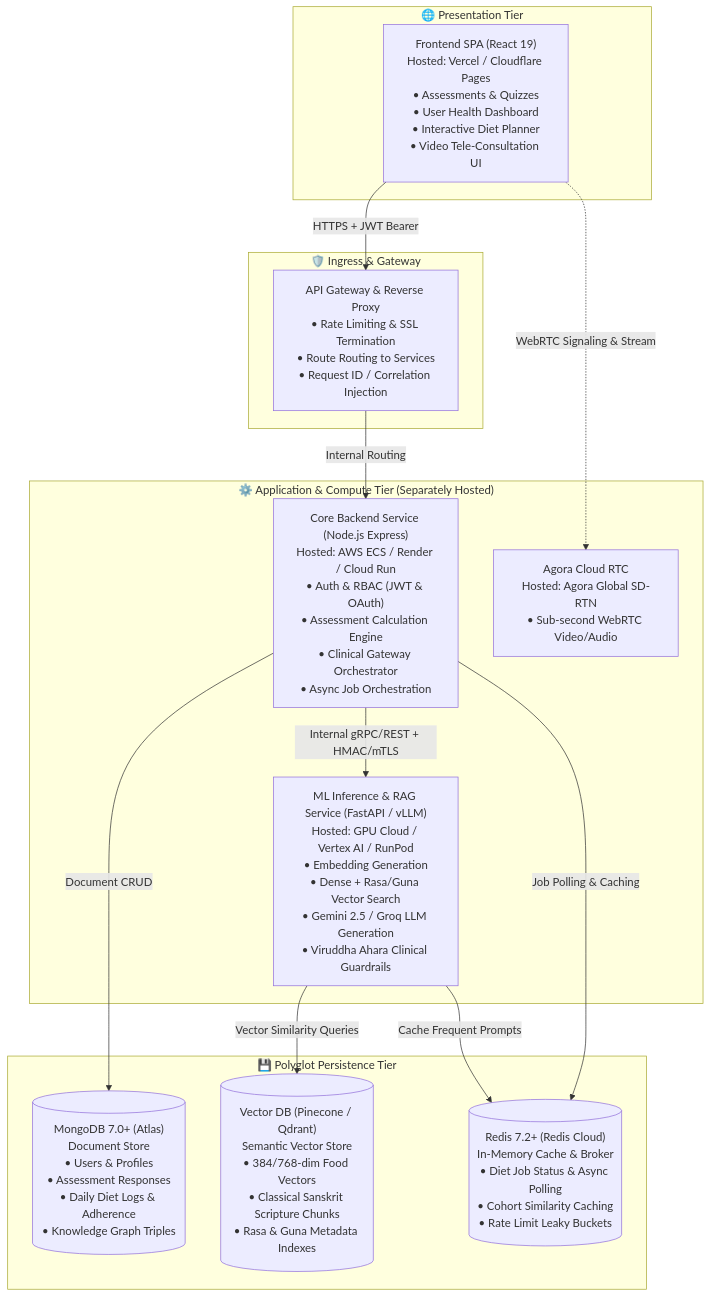
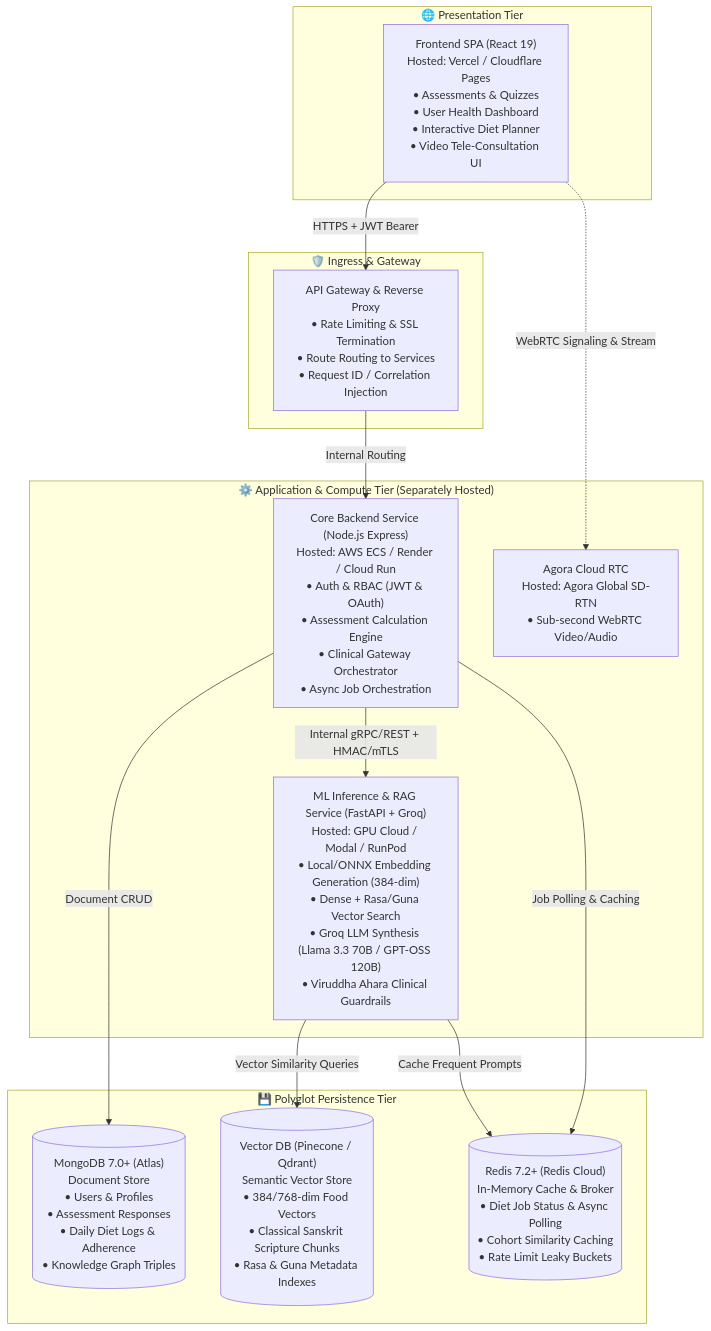
The first of 2 diagrams in docs/architecture/OVERVIEW.md (rajgupta04/Ayurvarta), drawn with Mermaid before and after one commit. The commit also changed other lines of this file and 19 other files, not shown here.

Commit message:
feat: initialize project documentation, frontend spa components, and python ml inference service

````diff
--- a/docs/architecture/OVERVIEW.md
+++ b/docs/architecture/OVERVIEW.md
@@ -14,35 +14,35 @@
 ```mermaid
 flowchart TD
     subgraph ClientTier["🌐 Presentation Tier"]
         SPA["Frontend SPA (React 19)<br/>Hosted: Vercel / Cloudflare Pages<br/>• Assessments & Quizzes<br/>• User Health Dashboard<br/>• Interactive Diet Planner<br/>• Video Tele-Consultation UI"]
     end
 
     subgraph IngressTier["🛡️ Ingress & Gateway"]
         Gateway["API Gateway & Reverse Proxy<br/>• Rate Limiting & SSL Termination<br/>• Route Routing to Services<br/>• Request ID / Correlation Injection"]
     end
 
     subgraph ServiceTier["⚙️ Application & Compute Tier (Separately Hosted)"]
         BackendSvc["Core Backend Service (Node.js Express)<br/>Hosted: AWS ECS / Render / Cloud Run<br/>• Auth & RBAC (JWT & OAuth)<br/>• Assessment Calculation Engine<br/>• Clinical Gateway Orchestrator<br/>• Async Job Orchestration"]
         
-        MLSvc["ML Inference & RAG Service (FastAPI / vLLM)<br/>Hosted: GPU Cloud / Vertex AI / RunPod<br/>• Embedding Generation<br/>• Dense + Rasa/Guna Vector Search<br/>• Gemini 2.5 / Groq LLM Generation<br/>• Viruddha Ahara Clinical Guardrails"]
+        MLSvc["ML Inference & RAG Service (FastAPI + Groq)<br/>Hosted: GPU Cloud / Modal / RunPod<br/>• Local/ONNX Embedding Generation (384-dim)<br/>• Dense + Rasa/Guna Vector Search<br/>• Groq LLM Synthesis (Llama 3.3 70B / GPT-OSS 120B)<br/>• Viruddha Ahara Clinical Guardrails"]
 
         AgoraRTC["Agora Cloud RTC<br/>Hosted: Agora Global SD-RTN<br/>• Sub-second WebRTC Video/Audio"]
     end
 
     subgraph PolyglotTier["💾 Polyglot Persistence Tier"]
         MongoDB[("MongoDB 7.0+ (Atlas)<br/>Document Store<br/>• Users & Profiles<br/>• Assessment Responses<br/>• Daily Diet Logs & Adherence<br/>• Knowledge Graph Triples")]
         
         VectorDB[("Vector DB (Pinecone / Qdrant)<br/>Semantic Vector Store<br/>• 384/768-dim Food Vectors<br/>• Classical Sanskrit Scripture Chunks<br/>• Rasa & Guna Metadata Indexes")]
         
         RedisStore[("Redis 7.2+ (Redis Cloud)<br/>In-Memory Cache & Broker<br/>• Diet Job Status & Async Polling<br/>• Cohort Similarity Caching<br/>• Rate Limit Leaky Buckets")]
     end
 
     SPA -->|HTTPS + JWT Bearer| Gateway
     SPA -.->|WebRTC Signaling & Stream| AgoraRTC
     Gateway -->|Internal Routing| BackendSvc
     BackendSvc -->|Document CRUD| MongoDB
     BackendSvc -->|Job Polling & Caching| RedisStore
     BackendSvc -->|Internal gRPC/REST + HMAC/mTLS| MLSvc
     MLSvc -->|Vector Similarity Queries| VectorDB
     MLSvc -->|Cache Frequent Prompts| RedisStore
 ```
````
